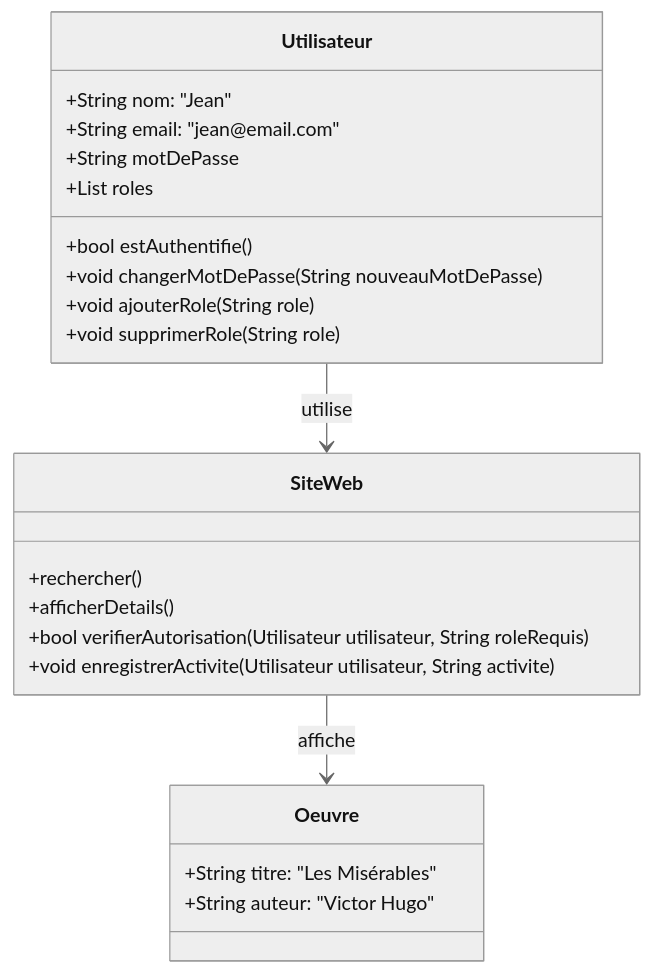
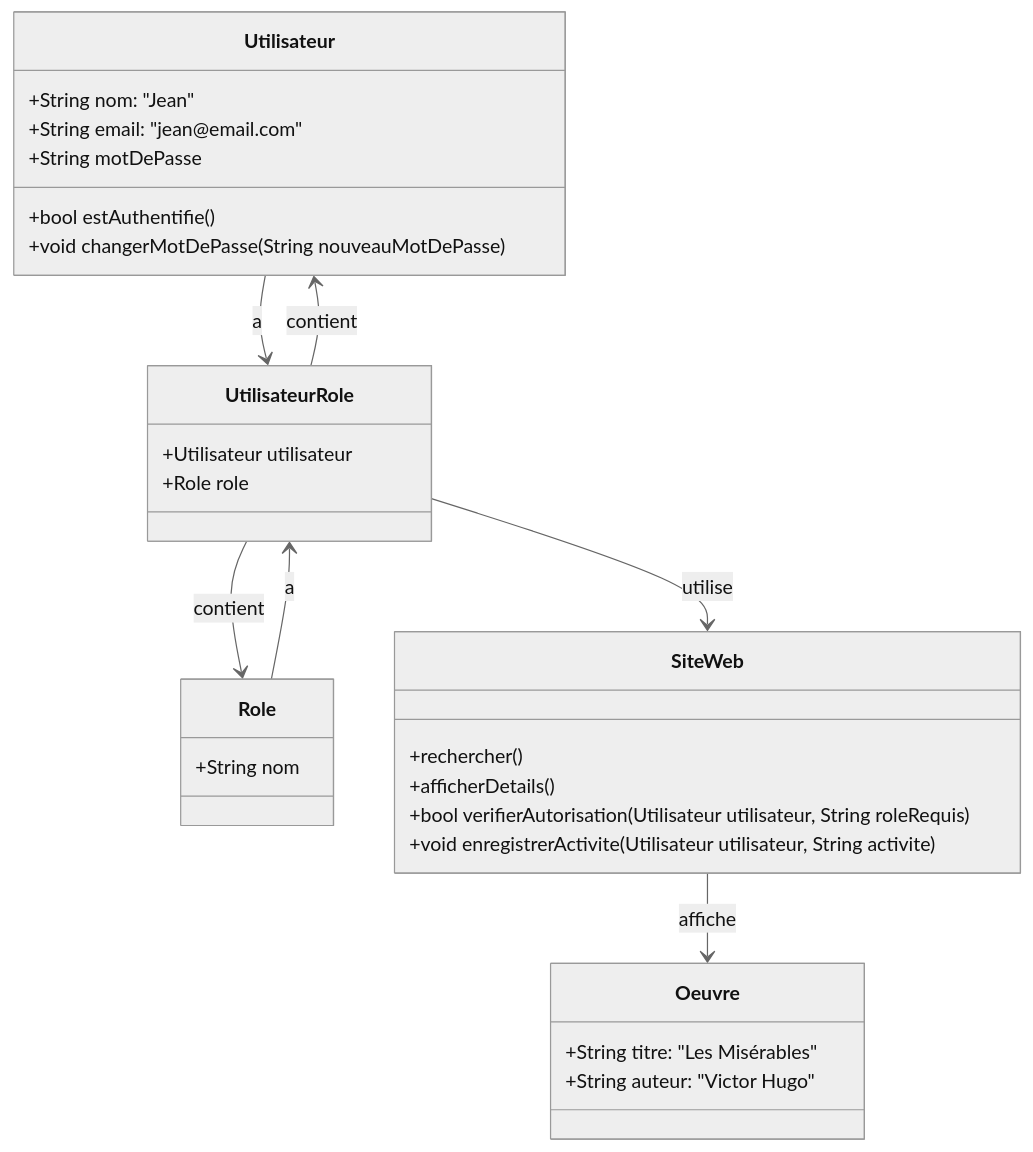
One commit to melenedufrenois/QuoicOurs changed the diagram in scenarios/1/diag_class.md. Above: the diagram before and after it, drawn with Mermaid (neutral theme).

````diff
--- a/scenarios/1/diag_class.md
+++ b/scenarios/1/diag_class.md
@@ -1,26 +1,34 @@
 ```mermaid
 classDiagram
     class Utilisateur {
       +String nom: "Jean"
       +String email: "jean@email.com"
       +String motDePasse
       +bool estAuthentifie()
       +void changerMotDePasse(String nouveauMotDePasse)
-      +List<String> roles
-      +void ajouterRole(String role)
-      +void supprimerRole(String role)
+    }
+    class Role {
+      +String nom
+    }
+    class UtilisateurRole {
+      +Utilisateur utilisateur
+      +Role role
     }
     class SiteWeb {
       +rechercher()
       +afficherDetails()
       +bool verifierAutorisation(Utilisateur utilisateur, String roleRequis)
       +void enregistrerActivite(Utilisateur utilisateur, String activite)
     }
     class Oeuvre {
       +String titre: "Les Misérables"
       +String auteur: "Victor Hugo"
     }
 
-    Utilisateur --> SiteWeb : utilise
+    Utilisateur --> UtilisateurRole : a
+    Role --> UtilisateurRole : a
+    UtilisateurRole --> Utilisateur : contient
+    UtilisateurRole --> Role : contient
+    UtilisateurRole --> SiteWeb : utilise
     SiteWeb --> Oeuvre : affiche
 ```
````
